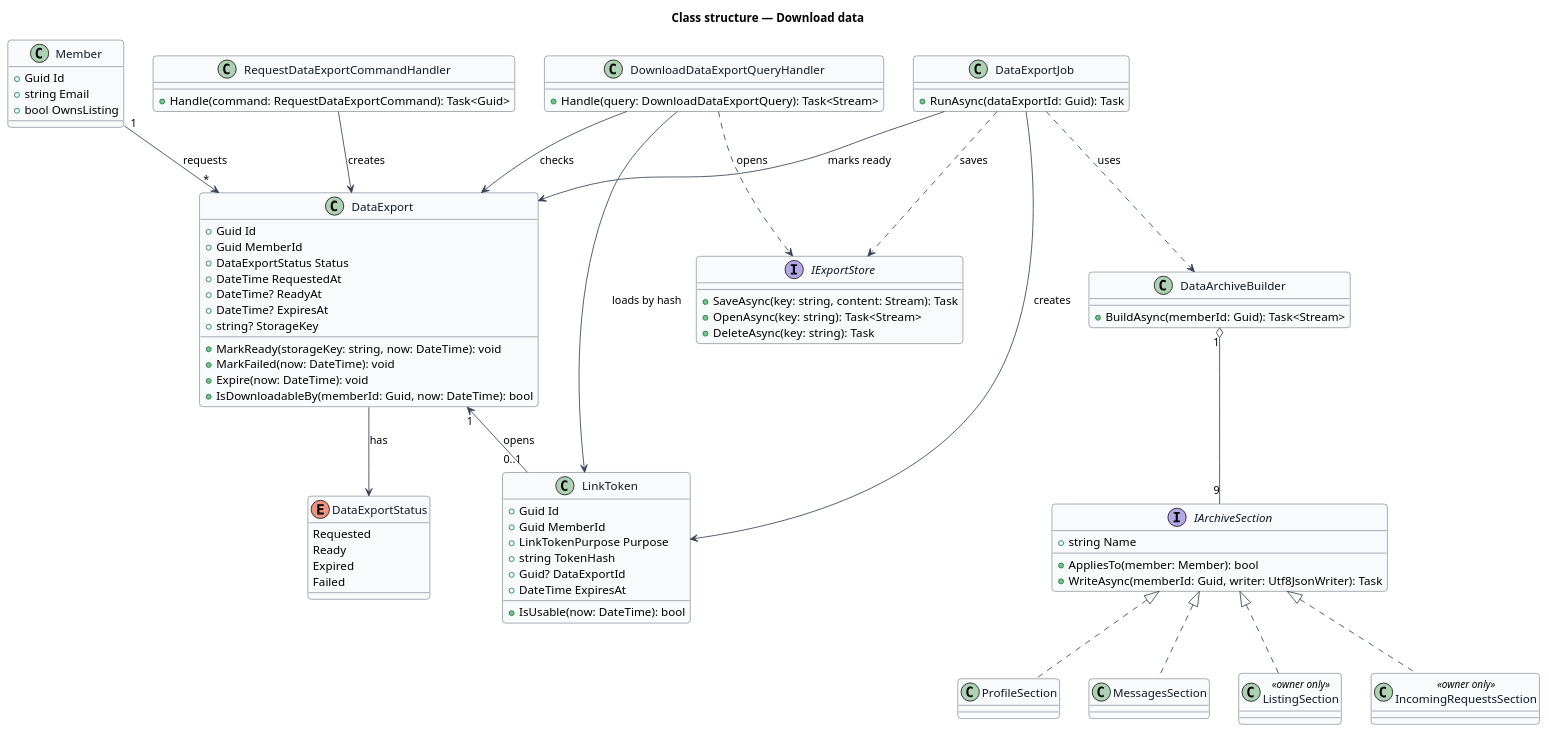
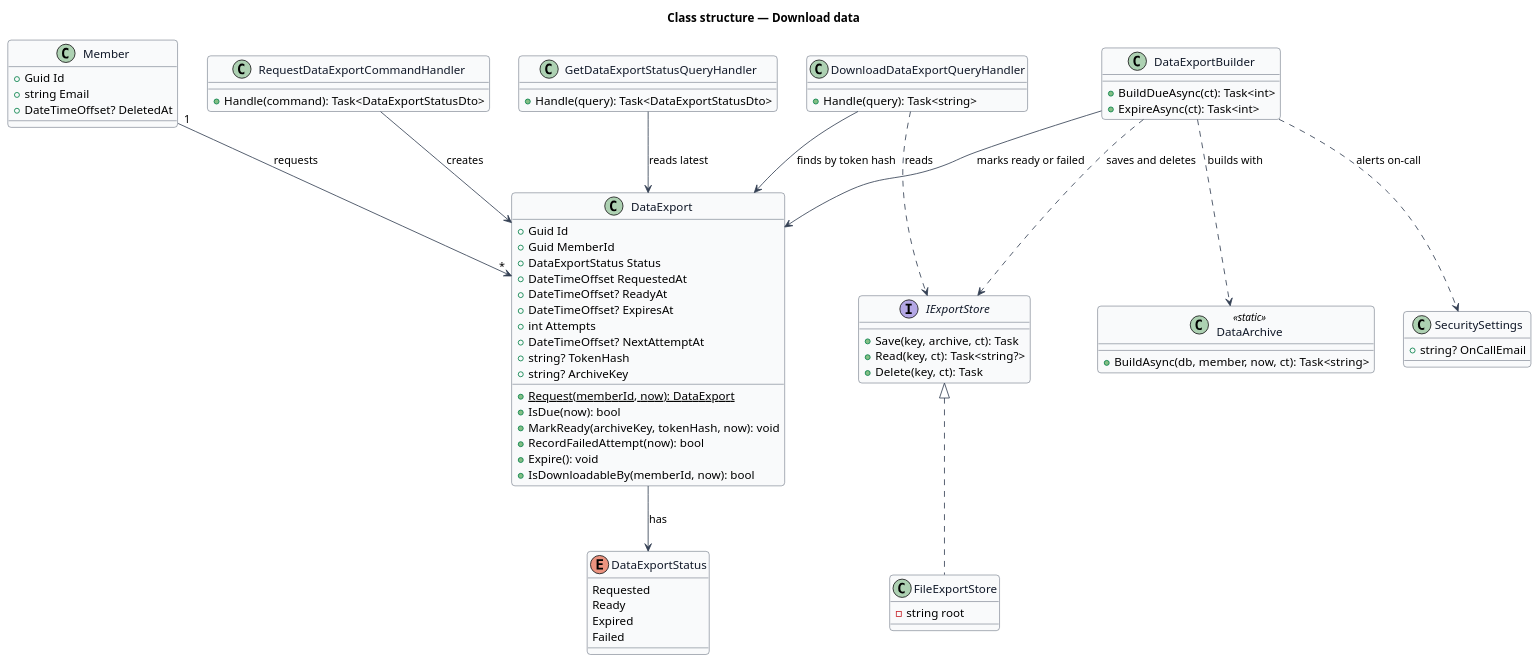
One commit to QuinntyneBrown/jubilee changed the diagram in docs/detailed-designs/accounts/download-data/diagrams/class-structure.puml. Above: the diagram before and after it, drawn with PlantUML. The commit also changed 51 other files, not shown here.

First line of the commit message:
Journey 26: requirements, ADR 0069, designs and mocks for download data and delete account

```diff
--- a/docs/detailed-designs/accounts/download-data/diagrams/class-structure.puml
+++ b/docs/detailed-designs/accounts/download-data/diagrams/class-structure.puml
@@ -1,103 +1,94 @@
 @startuml
 ' --- shared skin header ---
 skinparam backgroundColor #FFFFFF
 skinparam shadowing false
 skinparam roundcorner 8
 skinparam defaultFontName Arial
 skinparam ArrowColor #344054
 skinparam class {
   BorderColor #344054
   FontColor #101828
   BackgroundColor #F9FAFB
 }
 ' --------------------------
 title Class structure — Download data
 
-
 enum DataExportStatus {
   Requested
   Ready
   Expired
   Failed
 }
 
 class DataExport {
   +Guid Id
   +Guid MemberId
   +DataExportStatus Status
-  +DateTime RequestedAt
-  +DateTime? ReadyAt
-  +DateTime? ExpiresAt
-  +string? StorageKey
-  +MarkReady(storageKey: string, now: DateTime): void
-  +MarkFailed(now: DateTime): void
-  +Expire(now: DateTime): void
-  +IsDownloadableBy(memberId: Guid, now: DateTime): bool
-}
-
-class LinkToken {
-  +Guid Id
-  +Guid MemberId
-  +LinkTokenPurpose Purpose
-  +string TokenHash
-  +Guid? DataExportId
-  +DateTime ExpiresAt
-  +IsUsable(now: DateTime): bool
+  +DateTimeOffset RequestedAt
+  +DateTimeOffset? ReadyAt
+  +DateTimeOffset? ExpiresAt
+  +int Attempts
+  +DateTimeOffset? NextAttemptAt
+  +string? TokenHash
+  +string? ArchiveKey
+  +{static} Request(memberId, now): DataExport
+  +IsDue(now): bool
+  +MarkReady(archiveKey, tokenHash, now): void
+  +RecordFailedAttempt(now): bool
+  +Expire(): void
+  +IsDownloadableBy(memberId, now): bool
 }
 
 class Member {
   +Guid Id
   +string Email
-  +bool OwnsListing
+  +DateTimeOffset? DeletedAt
 }
 
 class RequestDataExportCommandHandler {
-  +Handle(command: RequestDataExportCommand): Task<Guid>
+  +Handle(command): Task<DataExportStatusDto>
+}
+
+class GetDataExportStatusQueryHandler {
+  +Handle(query): Task<DataExportStatusDto>
 }
 
 class DownloadDataExportQueryHandler {
-  +Handle(query: DownloadDataExportQuery): Task<Stream>
+  +Handle(query): Task<string>
 }
 
-class DataExportJob {
-  +RunAsync(dataExportId: Guid): Task
+class DataExportBuilder {
+  +BuildDueAsync(ct): Task<int>
+  +ExpireAsync(ct): Task<int>
 }
 
-class DataArchiveBuilder {
-  +BuildAsync(memberId: Guid): Task<Stream>
+class DataArchive <<static>> {
+  +BuildAsync(db, member, now, ct): Task<string>
 }
 
-interface IArchiveSection {
-  +string Name
-  +AppliesTo(member: Member): bool
-  +WriteAsync(memberId: Guid, writer: Utf8JsonWriter): Task
+interface IExportStore {
+  +Save(key, archive, ct): Task
+  +Read(key, ct): Task<string?>
+  +Delete(key, ct): Task
 }
 
-class ProfileSection
-class MessagesSection
-class ListingSection <<owner only>>
-class IncomingRequestsSection <<owner only>>
+class FileExportStore {
+  -string root
+}
 
-interface IExportStore {
-  +SaveAsync(key: string, content: Stream): Task
-  +OpenAsync(key: string): Task<Stream>
-  +DeleteAsync(key: string): Task
+class SecuritySettings {
+  +string? OnCallEmail
 }
 
 RequestDataExportCommandHandler --> DataExport : creates
-DownloadDataExportQueryHandler --> LinkToken : loads by hash
-DownloadDataExportQueryHandler --> DataExport : checks
-DownloadDataExportQueryHandler ..> IExportStore : opens
-DataExportJob --> DataExport : marks ready
-DataExportJob ..> DataArchiveBuilder : uses
-DataExportJob ..> IExportStore : saves
-DataExportJob --> LinkToken : creates
-DataArchiveBuilder "1" o-- "9" IArchiveSection
-IArchiveSection <|.. ProfileSection
-IArchiveSection <|.. MessagesSection
-IArchiveSection <|.. ListingSection
-IArchiveSection <|.. IncomingRequestsSection
+GetDataExportStatusQueryHandler --> DataExport : reads latest
+DownloadDataExportQueryHandler --> DataExport : finds by token hash
+DownloadDataExportQueryHandler ..> IExportStore : reads
+DataExportBuilder --> DataExport : marks ready or failed
+DataExportBuilder ..> DataArchive : builds with
+DataExportBuilder ..> IExportStore : saves and deletes
+DataExportBuilder ..> SecuritySettings : alerts on-call
+IExportStore <|.. FileExportStore
 Member "1" --> "*" DataExport : requests
-DataExport "1" <-- "0..1" LinkToken : opens
 DataExport --> DataExportStatus : has
 @enduml
```
